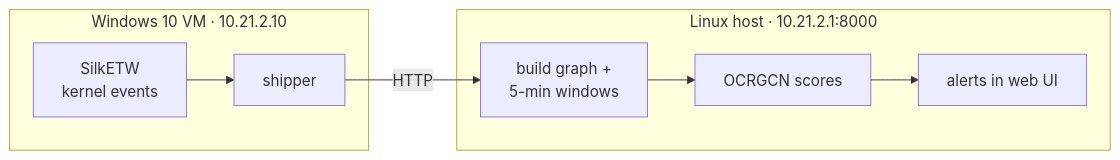
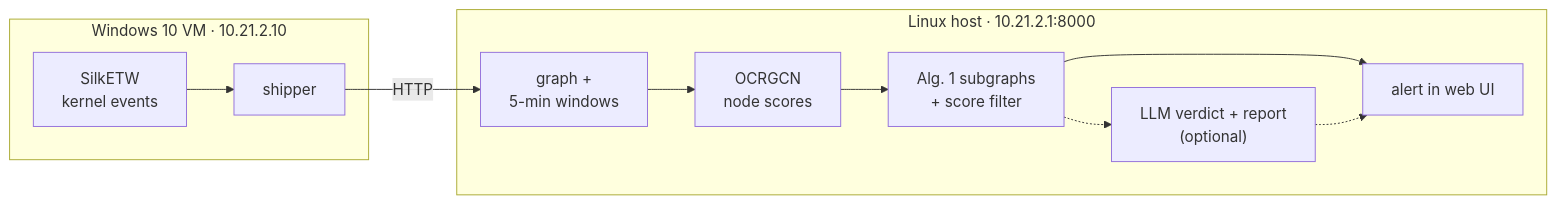
One commit to UITProjects/NT2102 changed the diagram in README.md. Above: the diagram before and after it, drawn with Mermaid. The commit also changed other lines of this file and 43 other files, not shown here.

````diff
--- a/README.md
+++ b/README.md
@@ -19,10 +31,11 @@
 ```mermaid
 flowchart LR
   subgraph VM["Windows 10 VM · 10.21.2.10"]
     A["SilkETW<br/>kernel events"] --> B["shipper"]
   end
   subgraph H["Linux host · 10.21.2.1:8000"]
-    C["build graph +<br/>5-min windows"] --> D["OCRGCN scores"] --> E["alerts in web UI"]
+    C["graph +<br/>5-min windows"] --> D["OCRGCN<br/>node scores"] --> E["Alg. 1 subgraphs<br/>+ score filter"] --> F["alert in web UI"]
+    E -.-> G["LLM verdict + report<br/>(optional)"] -.-> F
   end
   B -- "HTTP" --> C
 ```
````
